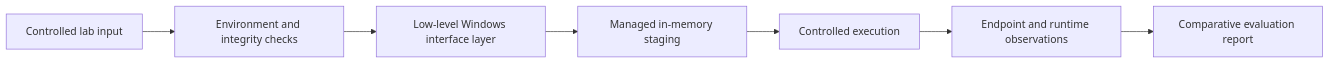
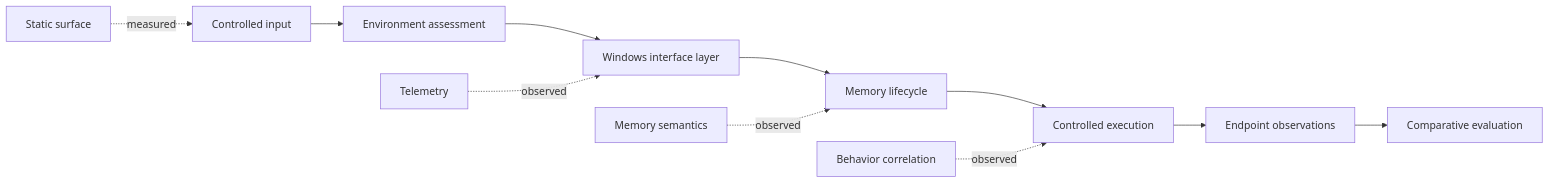
Before and after one commit to mohoamerakram-tech/ECHOSEEK: the diagram in README.md, drawn with Mermaid. The commit also changed other lines of this file and 11 other files, not shown here.

````diff
--- a/README.md
+++ b/README.md
@@ -35,9 +36,14 @@
 ```mermaid
 flowchart LR
-    A[Controlled lab input] --> B[Environment and integrity checks]
-    B --> C[Low-level Windows interface layer]
-    C --> D[Managed in-memory staging]
+    A[Controlled input] --> B[Environment assessment]
+    B --> C[Windows interface layer]
+    C --> D[Memory lifecycle]
     D --> E[Controlled execution]
-    E --> F[Endpoint and runtime observations]
-    F --> G[Comparative evaluation report]
+    E --> F[Endpoint observations]
+    F --> G[Comparative evaluation]
+
+    S1[Static surface] -. measured .-> A
+    S2[Telemetry] -. observed .-> C
+    S3[Memory semantics] -. observed .-> D
+    S4[Behavior correlation] -. observed .-> E
 ```
````
